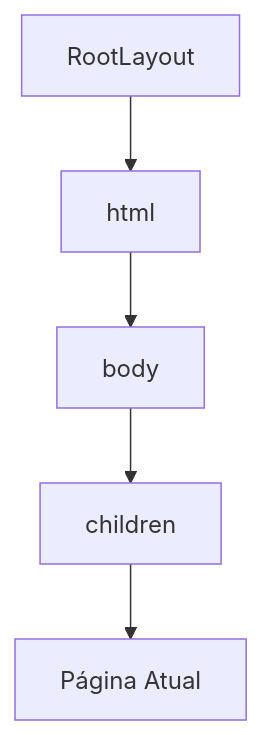
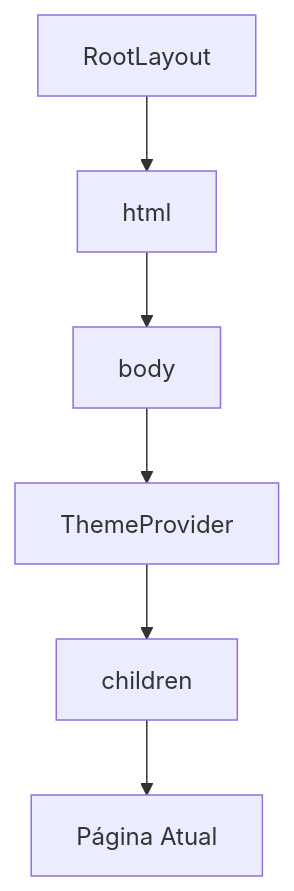
Before and after one commit to jordansmedeiros/virtuquest: the first of 4 diagrams in .qoder/repowiki/pt/content/Arquitetura de Componentes/Hierarquia de Componentes.md, drawn with Mermaid. The commit also changed other lines of this file and 32 other files, not shown here.

````diff
--- a/.qoder/repowiki/pt/content/Arquitetura de Componentes/Hierarquia de Componentes.md
+++ b/.qoder/repowiki/pt/content/Arquitetura de Componentes/Hierarquia de Componentes.md
@@ -89,7 +70,8 @@
 ```mermaid
 flowchart TD
 A[RootLayout] --> B[html]
 B --> C[body]
-C --> D[children]
-D --> E[Página Atual]
+C --> D[ThemeProvider]
+D --> E[children]
+E --> F[Página Atual]
 ```
````
